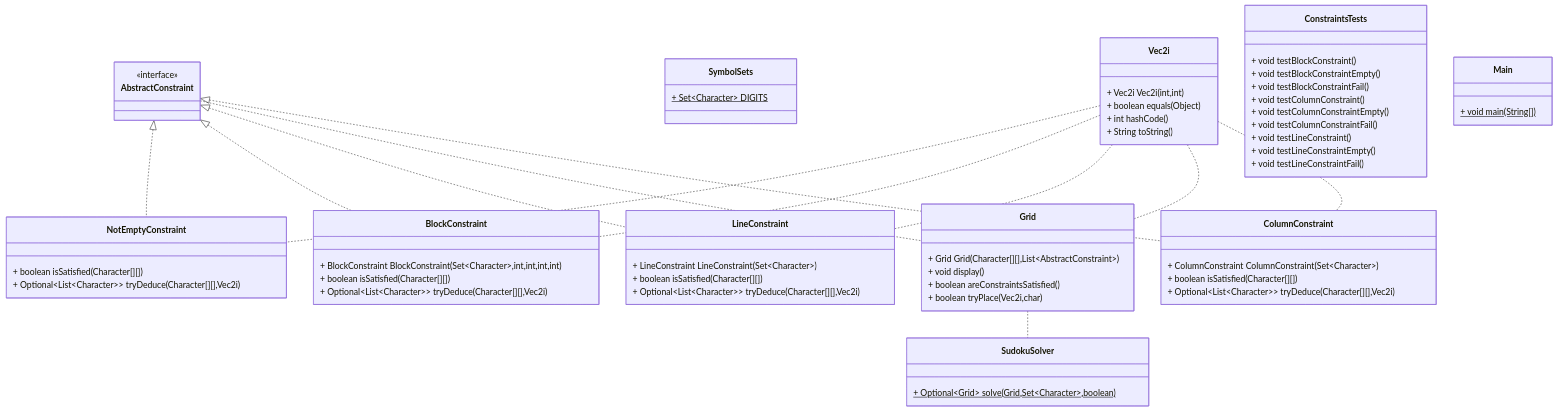
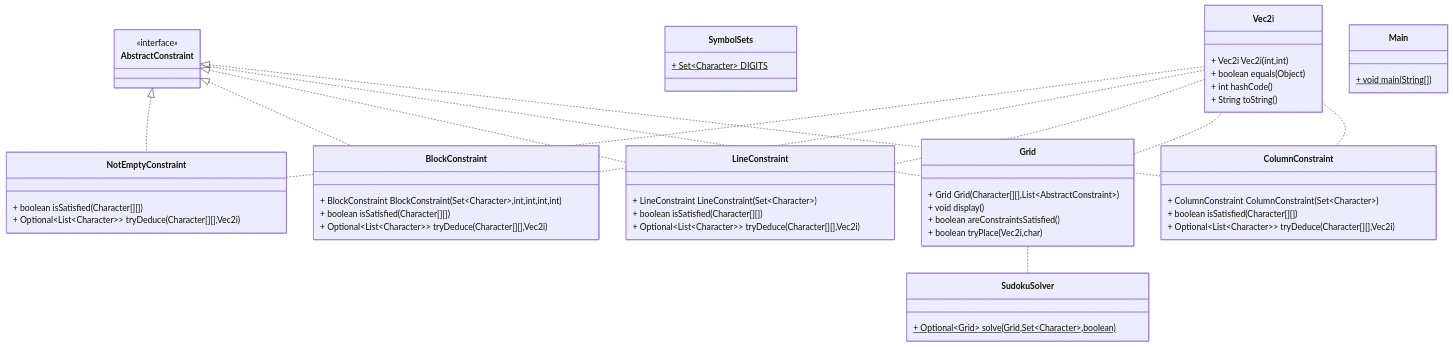
The second of 2 diagrams in README.md (FlashOnFire/SUUUUUUUUUUUudoku), drawn with Mermaid before and after one commit. The commit also changed 1 other file, not shown here.

Commit message:
doc: remove test from diagram

````diff
--- a/README.md
+++ b/README.md
@@ -33,79 +33,67 @@
 ```mermaid
 classDiagram
 class NotEmptyConstraint { 
 + boolean isSatisfied(Character[][])
 + Optional~List~Character~~ tryDeduce(Character[][],Vec2i)
 }
 
 class BlockConstraint { 
 + BlockConstraint BlockConstraint(Set~Character~,int,int,int,int)
 + boolean isSatisfied(Character[][])
 + Optional~List~Character~~ tryDeduce(Character[][],Vec2i)
 }
 
 class LineConstraint { 
 + LineConstraint LineConstraint(Set~Character~)
 + boolean isSatisfied(Character[][])
 + Optional~List~Character~~ tryDeduce(Character[][],Vec2i)
 }
 
 class AbstractConstraint { 
 <<interface>>
 }
 
 class SudokuSolver { 
 + Optional~Grid~ solve(Grid,Set~Character~,boolean)$
 }
 
 class Grid { 
 + Grid Grid(Character[][],List~AbstractConstraint~)
 + void display()
 + boolean areConstraintsSatisfied()
 + boolean tryPlace(Vec2i,char)
 }
 
 class SymbolSets { 
 + Set~Character~ DIGITS$
 }
 
 class Vec2i { 
 + Vec2i Vec2i(int,int)
 + boolean equals(Object)
 + int hashCode()
 + String toString()
 }
 
 class ColumnConstraint { 
 + ColumnConstraint ColumnConstraint(Set~Character~)
 + boolean isSatisfied(Character[][])
 + Optional~List~Character~~ tryDeduce(Character[][],Vec2i)
 }
 
-class ConstraintsTests { 
-+ void testBlockConstraint()
-+ void testBlockConstraintEmpty()
-+ void testBlockConstraintFail()
-+ void testColumnConstraint()
-+ void testColumnConstraintEmpty()
-+ void testColumnConstraintFail()
-+ void testLineConstraint()
-+ void testLineConstraintEmpty()
-+ void testLineConstraintFail()
-}
-
 class Main { 
 + void main(String[])$
 }
 
 AbstractConstraint <|.. NotEmptyConstraint
 Vec2i .. NotEmptyConstraint
 AbstractConstraint <|.. BlockConstraint
 Vec2i .. BlockConstraint
 AbstractConstraint <|.. LineConstraint
 Vec2i .. LineConstraint
 Grid .. SudokuSolver
 Vec2i .. Grid
 AbstractConstraint .. Grid
 AbstractConstraint <|.. ColumnConstraint
 Vec2i .. ColumnConstraint
 ```
````
